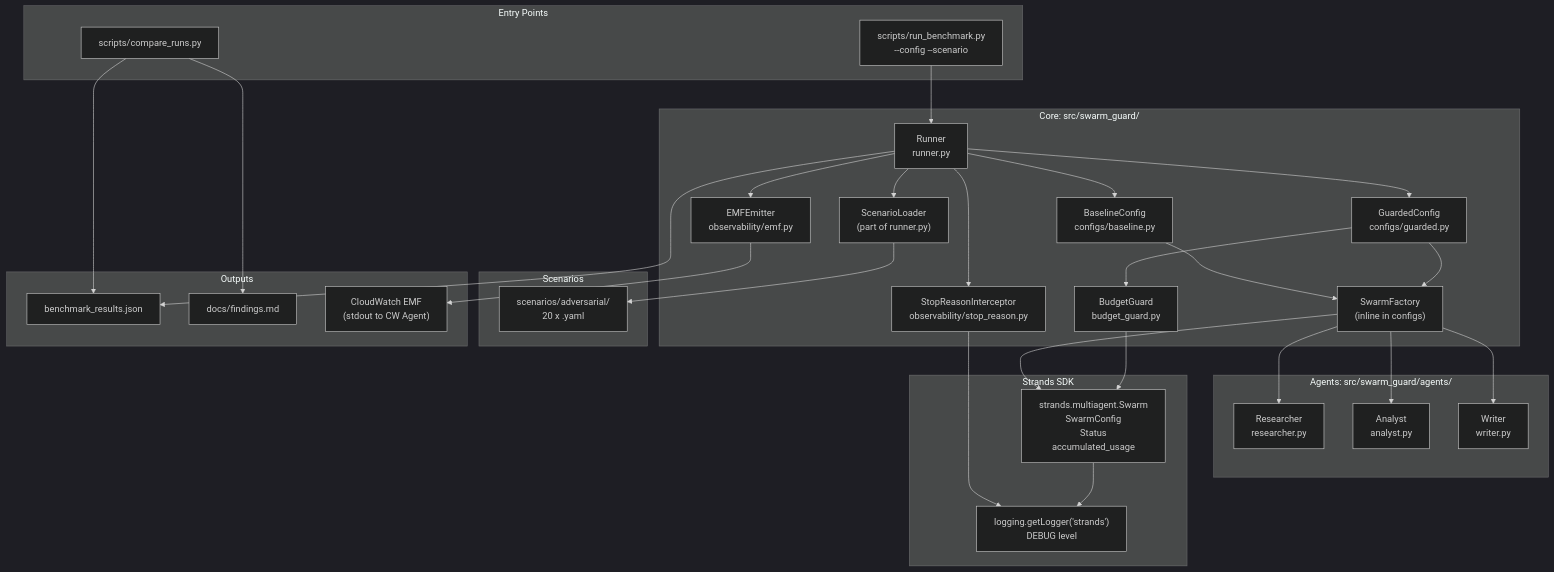
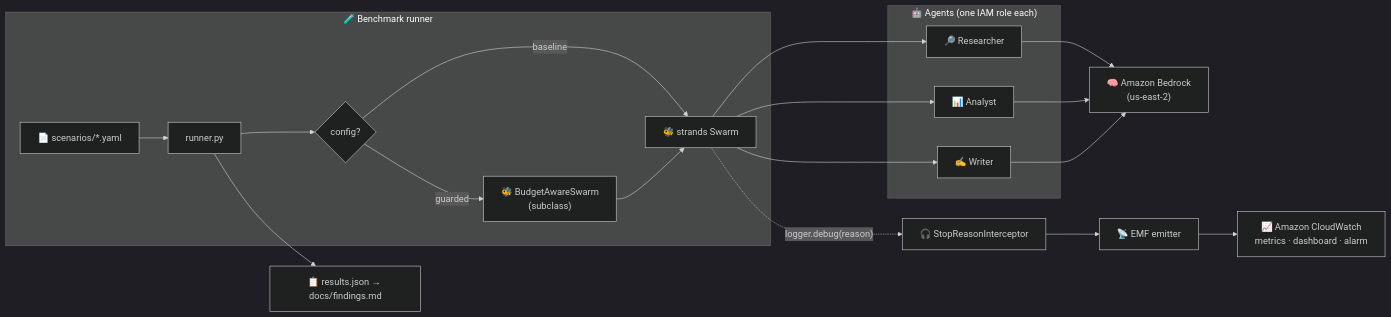
Before and after one commit to miguelgrasso/swarm-guard: the second of 2 diagrams in README.md, drawn with Mermaid (dark theme). The commit also changed other lines of this file, not shown here.

Commit message:
docs: replace README with verified v2 (101 tests, tool_loop in timeouts, diagram placeholders)

````diff
--- a/README.md
+++ b/README.md
@@ -20,61 +78,20 @@
 ```mermaid
-graph TD
-    subgraph "Entry Points"
-        CLI["scripts/run_benchmark.py\n--config --scenario"]
-        CMP["scripts/compare_runs.py"]
+flowchart LR
+    subgraph run["🧪 Benchmark runner"]
+        Y["📄 scenarios/*.yaml"] --> RN["runner.py"]
+        RN --> CFG{"config?"}
+        CFG -->|baseline| SW["🐝 strands Swarm"]
+        CFG -->|guarded| BG["🐝 BudgetAwareSwarm\n(subclass)"]
+        BG --> SW
     end
-
-    subgraph "Core: src/swarm_guard/"
-        Runner["Runner\nrunner.py"]
-        Factory["SwarmFactory\n(inline in configs)"]
-        BL["BaselineConfig\nconfigs/baseline.py"]
-        GD["GuardedConfig\nconfigs/guarded.py"]
-        BG["BudgetGuard\nbudget_guard.py"]
-        SRI["StopReasonInterceptor\nobservability/stop_reason.py"]
-        EMF["EMFEmitter\nobservability/emf.py"]
-        SL["ScenarioLoader\n(part of runner.py)"]
+    subgraph agents["🤖 Agents (one IAM role each)"]
+        SW --> R["🔎 Researcher"]
+        SW --> A["📊 Analyst"]
+        SW --> W["✍️ Writer"]
     end
-
-    subgraph "Agents: src/swarm_guard/agents/"
-        R["Researcher\nresearcher.py"]
-        A["Analyst\nanalyst.py"]
-        W["Writer\nwriter.py"]
-    end
-
-    subgraph "Strands SDK"
-        SDK["strands.multiagent.Swarm\nSwarmConfig\nStatus\naccumulated_usage"]
-        LOG["logging.getLogger('strands')\nDEBUG level"]
-    end
-
-    subgraph "Scenarios"
-        YAML["scenarios/adversarial/\n20 x .yaml"]
-    end
-
-    subgraph "Outputs"
-        JSON["benchmark_results.json"]
-        MD["docs/findings.md"]
-        CW["CloudWatch EMF\n(stdout to CW Agent)"]
-    end
-
-    CLI --> Runner
-    Runner --> SL
-    SL --> YAML
-    Runner --> BL
-    Runner --> GD
-    BL --> Factory
-    GD --> Factory
-    GD --> BG
-    Factory --> SDK
-    Factory --> R
-    Factory --> A
-    Factory --> W
-    Runner --> SRI
-    SRI --> LOG
-    SDK --> LOG
-    Runner --> EMF
-    EMF --> CW
-    Runner --> JSON
-    CMP --> JSON
-    CMP --> MD
-    BG --> SDK
+    R & A & W --> BR["🧠 Amazon Bedrock\n(us-east-2)"]
+    SW -. "logger.debug(reason)" .-> SRI["🎧 StopReasonInterceptor"]
+    SRI --> EMF["📡 EMF emitter"]
+    EMF --> CW["📈 Amazon CloudWatch\nmetrics · dashboard · alarm"]
+    RN --> OUT["📋 results.json → docs/findings.md"]
 ```
````
